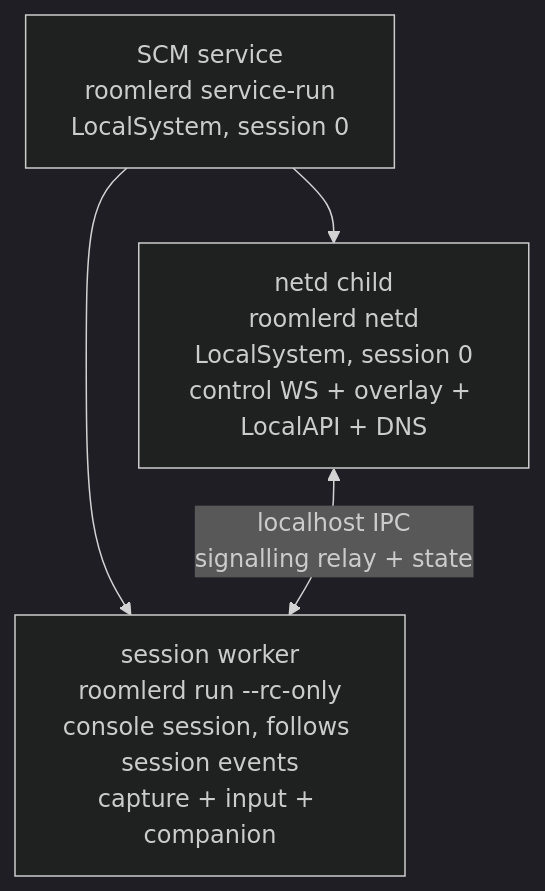
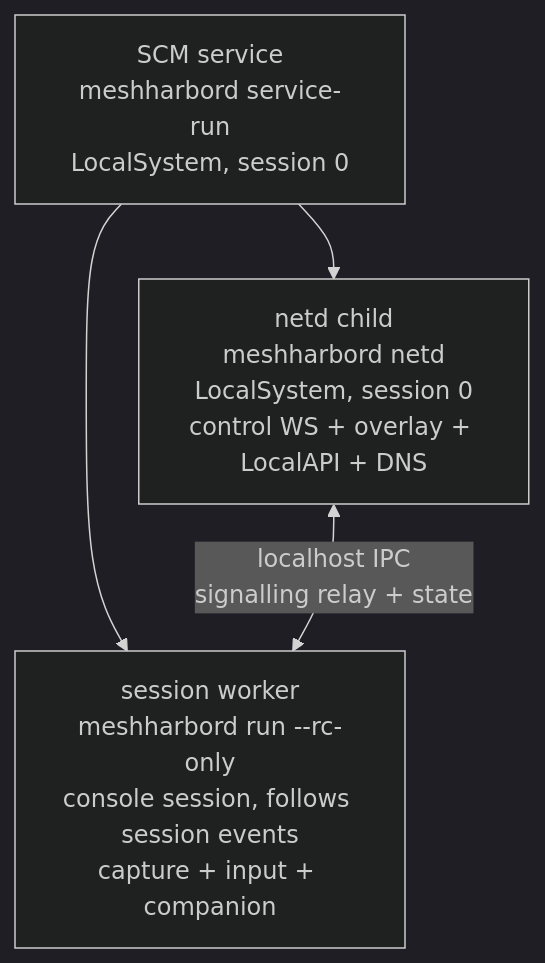
One commit to jk-zhang-meta/MeshHarbor changed the diagram in docs/overlay-session-proof.md. Above: the diagram before and after it, drawn with Mermaid (dark theme). The commit also changed other lines of this file and 682 other files, not shown here.

````diff
--- a/docs/overlay-session-proof.md
+++ b/docs/overlay-session-proof.md
@@ -91,6 +91,6 @@
 ```mermaid
 flowchart TB
-    SCM[SCM service<br/>roomlerd service-run<br/>LocalSystem, session 0] --> NETD[netd child<br/>roomlerd netd<br/>LocalSystem, session 0<br/>control WS + overlay + LocalAPI + DNS]
-    SCM --> WORKER[session worker<br/>roomlerd run --rc-only<br/>console session, follows session events<br/>capture + input + companion]
+    SCM[SCM service<br/>meshharbord service-run<br/>LocalSystem, session 0] --> NETD[netd child<br/>meshharbord netd<br/>LocalSystem, session 0<br/>control WS + overlay + LocalAPI + DNS]
+    SCM --> WORKER[session worker<br/>meshharbord run --rc-only<br/>console session, follows session events<br/>capture + input + companion]
     NETD <-->|localhost IPC<br/>signalling relay + state| WORKER
 ```
````
